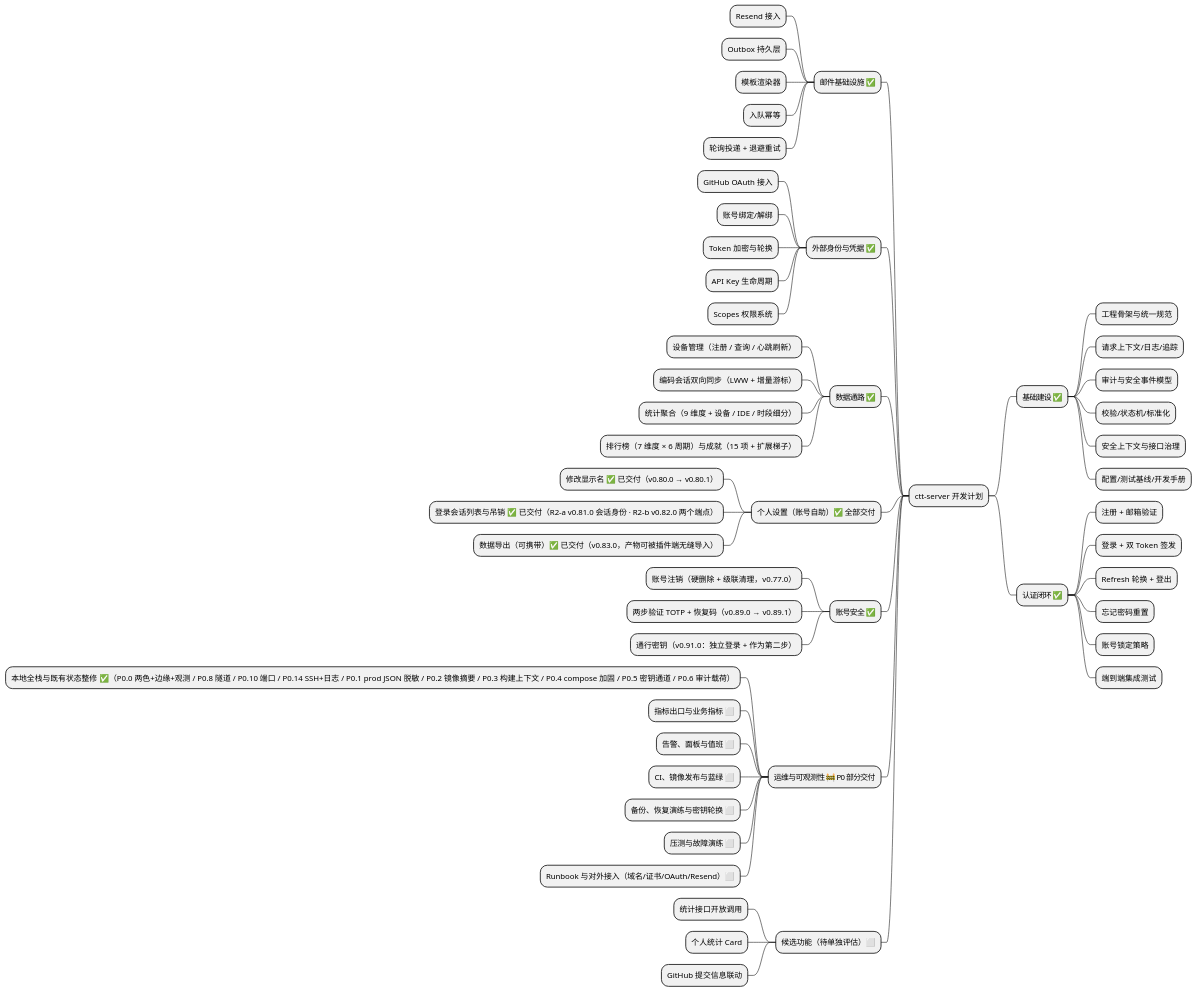
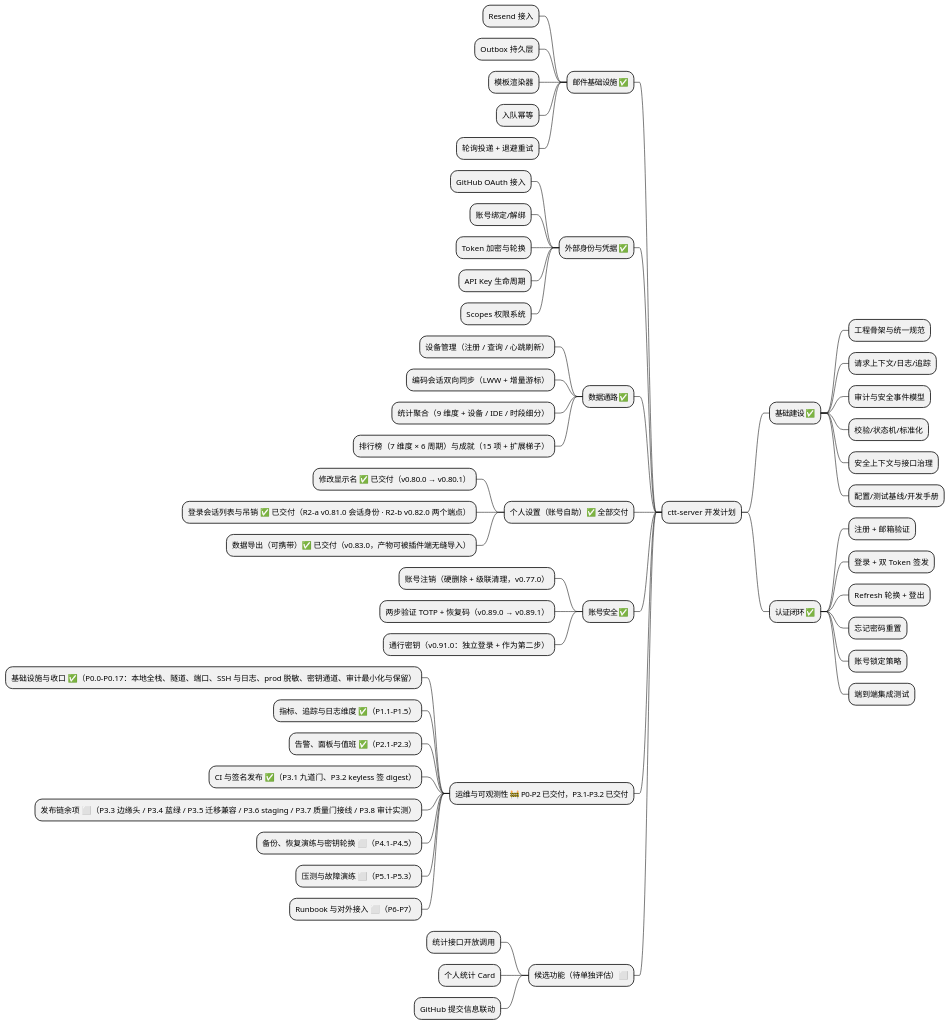
One commit to AhogeK/ctt-server changed the first of 9 diagrams in .plans/ctt-server-development-plan.md. Above: the diagram before and after it, drawn with PlantUML. The commit also changed other lines of this file and 3 other files, not shown here.

````diff
--- a/.plans/ctt-server-development-plan.md
+++ b/.plans/ctt-server-development-plan.md
@@ -33,58 +34,59 @@
 ```plantuml
 @startmindmap
 * ctt-server 开发计划
 ** 基础建设 ✅
 *** 工程骨架与统一规范
 *** 请求上下文/日志/追踪
 *** 审计与安全事件模型
 *** 校验/状态机/标准化
 *** 安全上下文与接口治理
 *** 配置/测试基线/开发手册
 ** 认证闭环 ✅
 *** 注册 + 邮箱验证
 *** 登录 + 双 Token 签发
 *** Refresh 轮换 + 登出
 *** 忘记密码重置
 *** 账号锁定策略
 *** 端到端集成测试
 
 left side
 ** 邮件基础设施 ✅
 *** Resend 接入
 *** Outbox 持久层
 *** 模板渲染器
 *** 入队幂等
 *** 轮询投递 + 退避重试
 ** 外部身份与凭据 ✅
 *** GitHub OAuth 接入
 *** 账号绑定/解绑
 *** Token 加密与轮换
 *** API Key 生命周期
 *** Scopes 权限系统
 ** 数据通路 ✅
 *** 设备管理（注册 / 查询 / 心跳刷新）
 *** 编码会话双向同步（LWW + 增量游标）
 *** 统计聚合（9 维度 + 设备 / IDE / 时段细分）
 *** 排行榜（7 维度 × 6 周期）与成就（15 项 + 扩展梯子）
 ** 个人设置（账号自助）✅ 全部交付
 *** 修改显示名 ✅ 已交付（v0.80.0 → v0.80.1）
 *** 登录会话列表与吊销 ✅ 已交付（R2-a v0.81.0 会话身份 · R2-b v0.82.0 两个端点）
 *** 数据导出（可携带）✅ 已交付（v0.83.0，产物可被插件端无缝导入）
 ** 账号安全 ✅
 *** 账号注销（硬删除 + 级联清理，v0.77.0）
 *** 两步验证 TOTP + 恢复码（v0.89.0 → v0.89.1）
 *** 通行密钥（v0.91.0：独立登录 + 作为第二步）
-** 运维与可观测性 🚧 P0 部分交付
-*** 本地全栈与既有状态整修 ✅（P0.0 两色+边缘+观测 / P0.8 隧道 / P0.10 端口 / P0.14 SSH+日志 / P0.1 prod JSON 脱敏 / P0.2 镜像摘要 / P0.3 构建上下文 / P0.4 compose 加固 / P0.5 密钥通道 / P0.6 审计载荷）
-*** 指标出口与业务指标 ⬜
-*** 告警、面板与值班 ⬜
-*** CI、镜像发布与蓝绿 ⬜
-*** 备份、恢复演练与密钥轮换 ⬜
-*** 压测与故障演练 ⬜
-*** Runbook 与对外接入（域名/证书/OAuth/Resend）⬜
+** 运维与可观测性 🚧 P0–P2 已交付，P3.1–P3.2 已交付
+*** 基础设施与收口 ✅（P0.0–P0.17：本地全栈、隧道、端口、SSH 与日志、prod 脱敏、密钥通道、审计最小化与保留）
+*** 指标、追踪与日志维度 ✅（P1.1–P1.5）
+*** 告警、面板与值班 ✅（P2.1–P2.3）
+*** CI 与签名发布 ✅（P3.1 九道门、P3.2 keyless 签 digest）
+*** 发布链余项 ⬜（P3.3 边缘头 / P3.4 蓝绿 / P3.5 迁移兼容 / P3.6 staging / P3.7 质量门接线 / P3.8 审计实测）
+*** 备份、恢复演练与密钥轮换 ⬜（P4.1–P4.5）
+*** 压测与故障演练 ⬜（P5.1–P5.3）
+*** Runbook 与对外接入 ⬜（P6–P7）
 ** 候选功能（待单独评估）⬜
 *** 统计接口开放调用
 *** 个人统计 Card
 *** GitHub 提交信息联动
 @endmindmap
 ```
````
